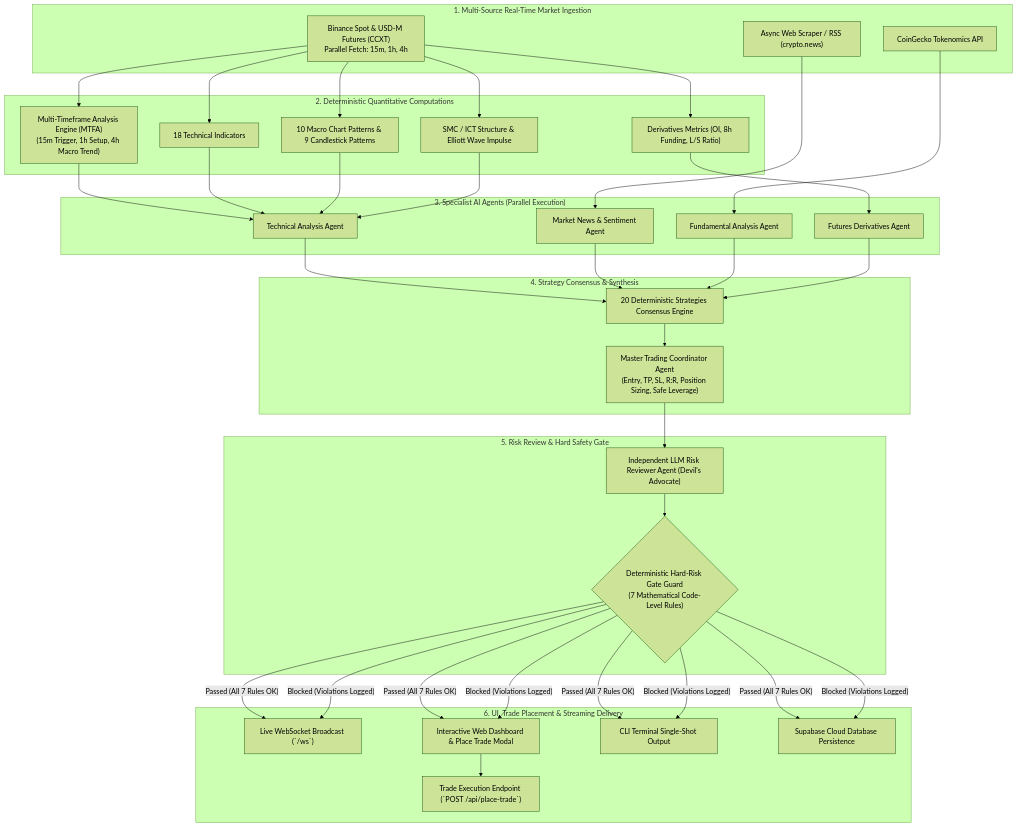
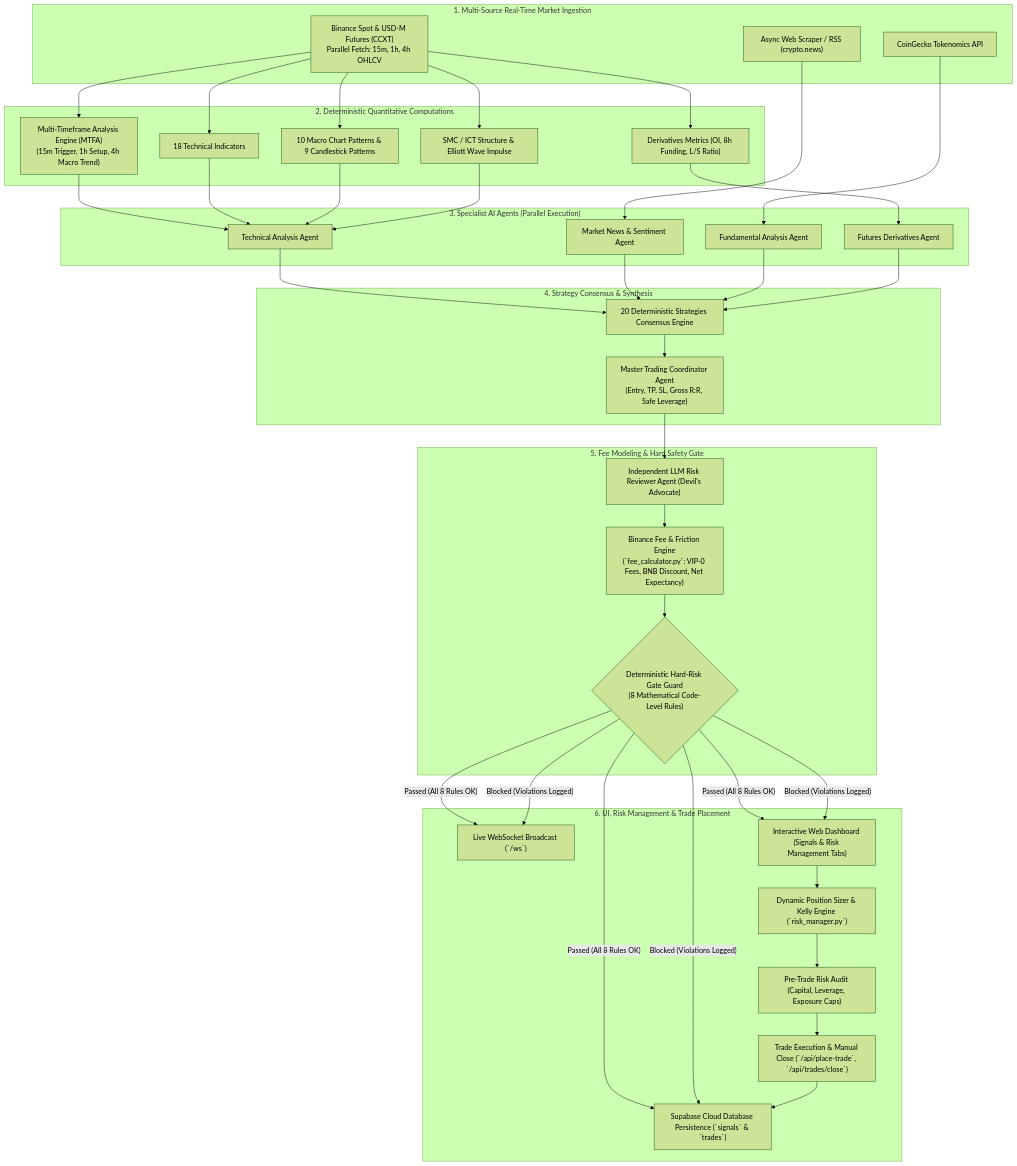
The first of 2 diagrams in README.md (MedhawaNeranjan/Readme), drawn with Mermaid (forest theme) before and after one commit. The commit also changed other lines of this file, not shown here.

````diff
--- a/README.md
+++ b/README.md
@@ -132,57 +143,61 @@
 ```mermaid
 flowchart TD
     subgraph MarketData ["1. Multi-Source Real-Time Market Ingestion"]
-        MD1["Binance Spot & USD-M Futures (CCXT)<br/>Parallel Fetch: 15m, 1h, 4h"]
+        MD1["Binance Spot & USD-M Futures (CCXT)<br/>Parallel Fetch: 15m, 1h, 4h OHLCV"]
         MD2["CoinGecko Tokenomics API"]
         MD3["Async Web Scraper / RSS (crypto.news)"]
     end
 
     subgraph AnalyticalLayer ["2. Deterministic Quantitative Computations"]
         AL0["Multi-Timeframe Analysis Engine (MTFA)<br/>(15m Trigger, 1h Setup, 4h Macro Trend)"]
         AL1["18 Technical Indicators"]
         AL2["10 Macro Chart Patterns & 9 Candlestick Patterns"]
         AL3["SMC / ICT Structure & Elliott Wave Impulse"]
         AL4["Derivatives Metrics (OI, 8h Funding, L/S Ratio)"]
     end
 
     subgraph AgentLayer ["3. Specialist AI Agents (Parallel Execution)"]
         AG1["Technical Analysis Agent"]
         AG2["Market News & Sentiment Agent"]
         AG3["Fundamental Analysis Agent"]
         AG4["Futures Derivatives Agent"]
     end
 
     subgraph ConsensusLayer ["4. Strategy Consensus & Synthesis"]
         CS1["20 Deterministic Strategies Consensus Engine"]
-        CS2["Master Trading Coordinator Agent<br/>(Entry, TP, SL, R:R, Position Sizing, Safe Leverage)"]
+        CS2["Master Trading Coordinator Agent<br/>(Entry, TP, SL, Gross R:R, Safe Leverage)"]
     end
 
-    subgraph RiskValidation ["5. Risk Review & Hard Safety Gate"]
+    subgraph RiskValidation ["5. Fee Modeling & Hard Safety Gate"]
         RV1["Independent LLM Risk Reviewer Agent (Devil's Advocate)"]
-        RV2{"Deterministic Hard-Risk Gate Guard<br/>(7 Mathematical Code-Level Rules)"}
+        RV2["Binance Fee & Friction Engine<br/>(`fee_calculator.py`: VIP-0 Fees, BNB Discount, Net Expectancy)"]
+        RV3{"Deterministic Hard-Risk Gate Guard<br/>(8 Mathematical Code-Level Rules)"}
     end
 
-    subgraph ExecutionLayer ["6. UI, Trade Placement & Streaming Delivery"]
+    subgraph ExecutionLayer ["6. UI, Risk Management & Trade Placement"]
         OUT1["Live WebSocket Broadcast (`/ws`)"]
-        OUT2["Interactive Web Dashboard & Place Trade Modal"]
-        OUT3["CLI Terminal Single-Shot Output"]
-        OUT4["Supabase Cloud Database Persistence"]
-        OUT5["Trade Execution Endpoint (`POST /api/place-trade`)"]
+        OUT2["Interactive Web Dashboard (Signals & Risk Management Tabs)"]
+        OUT3["Dynamic Position Sizer & Kelly Engine (`risk_manager.py`)"]
+        OUT4["Pre-Trade Risk Audit (Capital, Leverage, Exposure Caps)"]
+        OUT5["Supabase Cloud Database Persistence (`signals` & `trades`)"]
+        OUT6["Trade Execution & Manual Close (`/api/place-trade`, `/api/trades/close`)"]
     end
 
     MD1 --> AL0 & AL1 & AL2 & AL3 & AL4
     MD2 --> AG3
     MD3 --> AG2
 
     AL0 & AL1 & AL2 & AL3 --> AG1
     AL4 --> AG4
 
     AG1 & AG2 & AG3 & AG4 --> CS1
     CS1 --> CS2
     CS2 --> RV1
     RV1 --> RV2
+    RV2 --> RV3
 
-    RV2 -- "Passed (All 7 Rules OK)" --> OUT1 & OUT2 & OUT3 & OUT4
-    RV2 -- "Blocked (Violations Logged)" --> OUT1 & OUT2 & OUT3 & OUT4
-    OUT2 --> OUT5
+    RV3 -- "Passed (All 8 Rules OK)" --> OUT1 & OUT2 & OUT5
+    RV3 -- "Blocked (Violations Logged)" --> OUT1 & OUT2 & OUT5
+
+    OUT2 --> OUT3 --> OUT4 --> OUT6 --> OUT5
 ```
````
